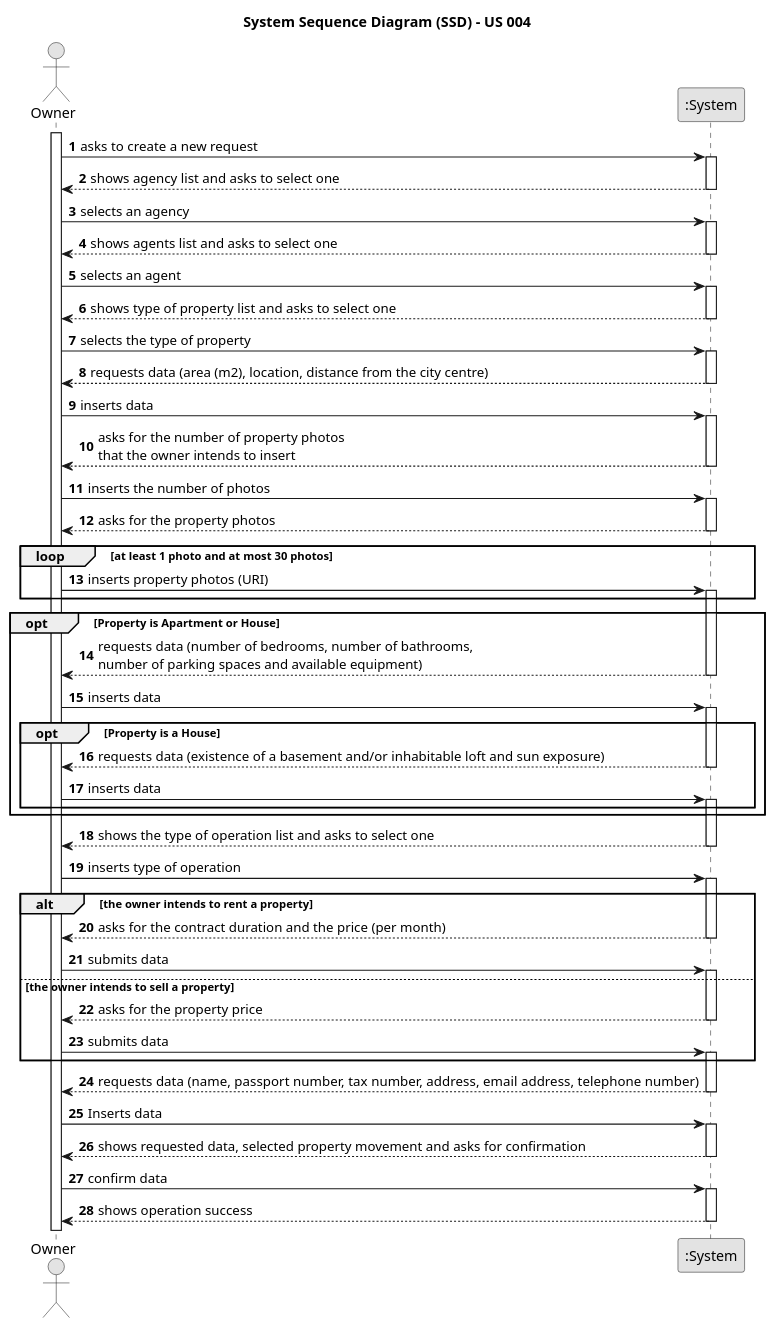
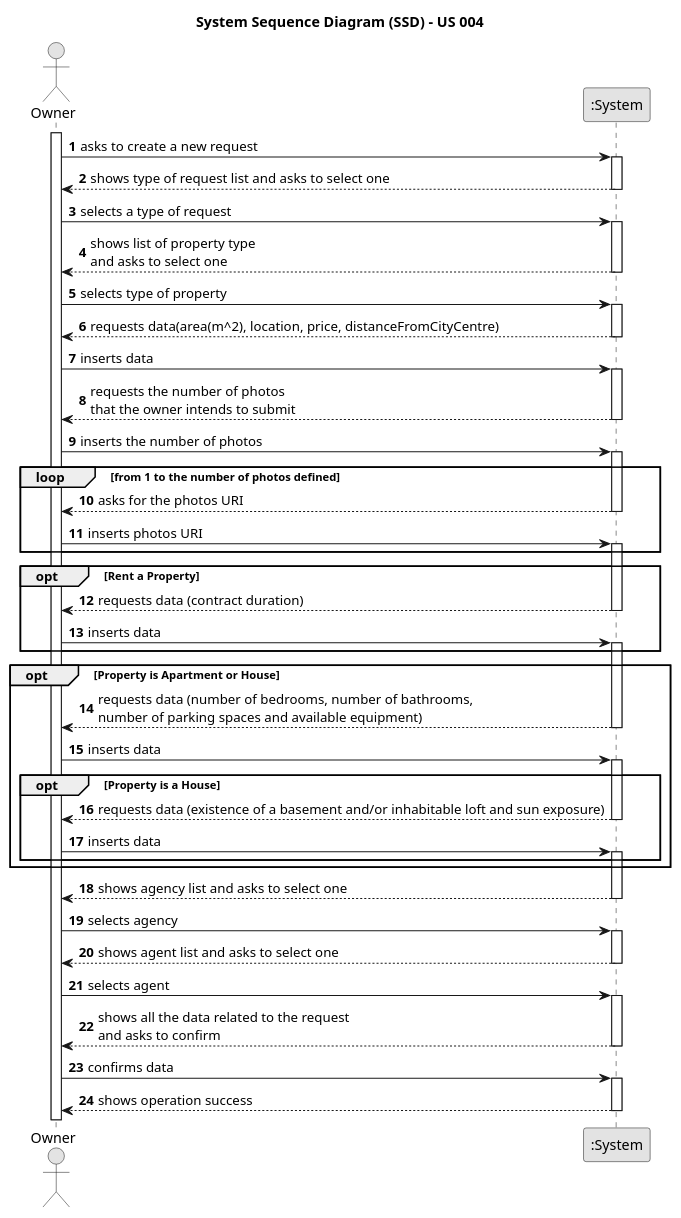
Before and after one commit to 1220812/LAPR2: the diagram in docs/sprintB/us004/01.requirements-engineering/puml/us004-system-sequence-diagram.puml, drawn with PlantUML. The commit also changed 9 other files, not shown here.

```diff
--- a/docs/sprintB/us004/01.requirements-engineering/puml/us004-system-sequence-diagram.puml
+++ b/docs/sprintB/us004/01.requirements-engineering/puml/us004-system-sequence-diagram.puml
@@ -1,126 +1,109 @@
 @startuml
 skinparam monochrome true
 skinparam packageStyle rectangle
 skinparam shadowing false
 
 title System Sequence Diagram (SSD) - US 004
 
 autonumber
 
 actor "Owner" as Owner
 participant ":System" as System
 
 activate Owner
 
     Owner -> System : asks to create a new request
     activate System
 
-        System --> Owner : shows agency list and asks to select one
+        System --> Owner : shows type of request list and asks to select one
     deactivate System
 
-    Owner -> System : selects an agency
+    Owner -> System : selects a type of request
     activate System
 
-        System --> Owner : shows agents list and asks to select one
+        System --> Owner : shows list of property type \nand asks to select one
     deactivate System
 
-    Owner -> System : selects an agent
+    Owner -> System : selects type of property
     activate System
 
 
-        System --> Owner : shows type of property list and asks to select one
+        System --> Owner : requests data(area(m^2), location, price, distanceFromCityCentre)
     deactivate System
 
-    Owner -> System : selects the type of property
+    Owner -> System : inserts data
 
         activate System
 
-        System --> Owner : requests data (area (m2), location, distance from the city centre)
+        System --> Owner : requests the number of photos \nthat the owner intends to submit
+
+    deactivate System
+
+    Owner -> System : inserts the number of photos
+
+    activate System
+
+    loop from 1 to the number of photos defined
+
+    System --> Owner : asks for the photos URI
+    deactivate System
+    Owner -> System : inserts photos URI
+    activate System
+
+    end
+
+    opt Rent a Property
+
+    System --> Owner : requests data (contract duration)
 
     deactivate System
 
     Owner -> System : inserts data
 
     activate System
 
-    System --> Owner : asks for the number of property photos \nthat the owner intends to insert
-
-    deactivate System
-
-    Owner -> System : inserts the number of photos
-
-    activate System
-
-    System --> Owner : asks for the property photos
-
-    deactivate System
-    loop at least 1 photo and at most 30 photos
-
-    Owner -> System : inserts property photos (URI)
-    activate System
-
     end
-   activate System
 
     opt Property is Apartment or House
 
         System --> Owner : requests data (number of bedrooms, number of bathrooms, \nnumber of parking spaces and available equipment)
-
-    deactivate System
+        deactivate System
 
     Owner -> System : inserts data
     activate System
 
     opt Property is a House
 
          System --> Owner : requests data (existence of a basement and/or inhabitable loft and sun exposure)
     deactivate System
 
     Owner -> System : inserts data
     activate System
 
     end
 
     end
 
-    System --> Owner : shows the type of operation list and asks to select one
+    System --> Owner : shows agency list and asks to select one
     deactivate System
 
-    Owner -> System : inserts type of operation
-
-    alt the owner intends to rent a property
+    Owner -> System : selects agency
     activate System
 
-    System --> Owner : asks for the contract duration and the price (per month)
+    System --> Owner : shows agent list and asks to select one
     deactivate System
 
-    Owner -> System : submits data
+    Owner -> System : selects agent
     activate System
 
-    else the owner intends to sell a property
-    System --> Owner : asks for the property price
+    System --> Owner : shows all the data related to the request \nand asks to confirm
 
     deactivate System
 
-    Owner -> System : submits data
-    activate System
-
-    end
-
-          System --> Owner : requests data (name, passport number, tax number, address, email address, telephone number)
-    deactivate System
-
-    Owner -> System : Inserts data
-    activate System
-
-           System --> Owner : shows requested data, selected property movement and asks for confirmation
-
-    deactivate System
-
-    Owner -> System : confirm data
+    Owner -> System : confirms data
     activate System
 
             System --> Owner : shows operation success
     deactivate System
 
 @enduml
```
